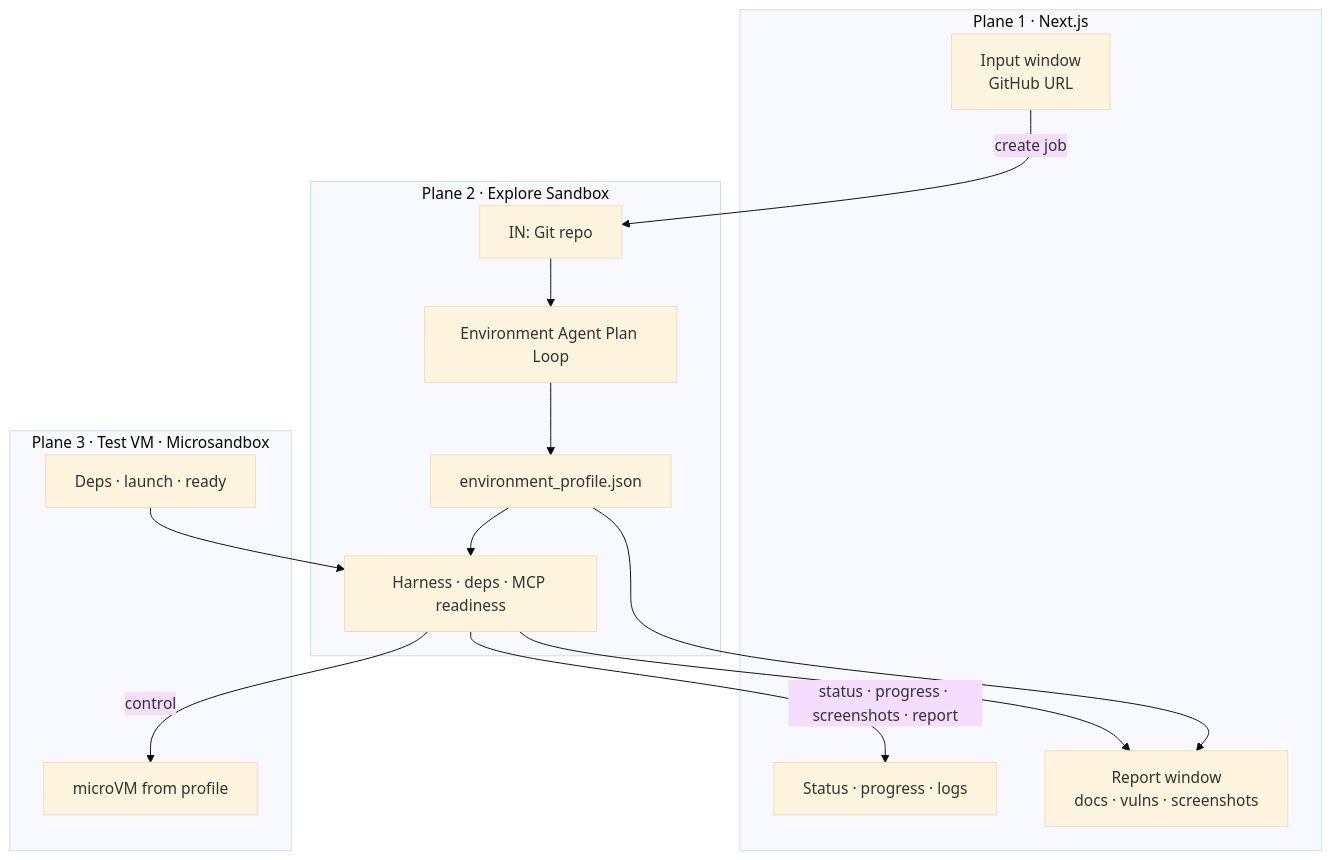
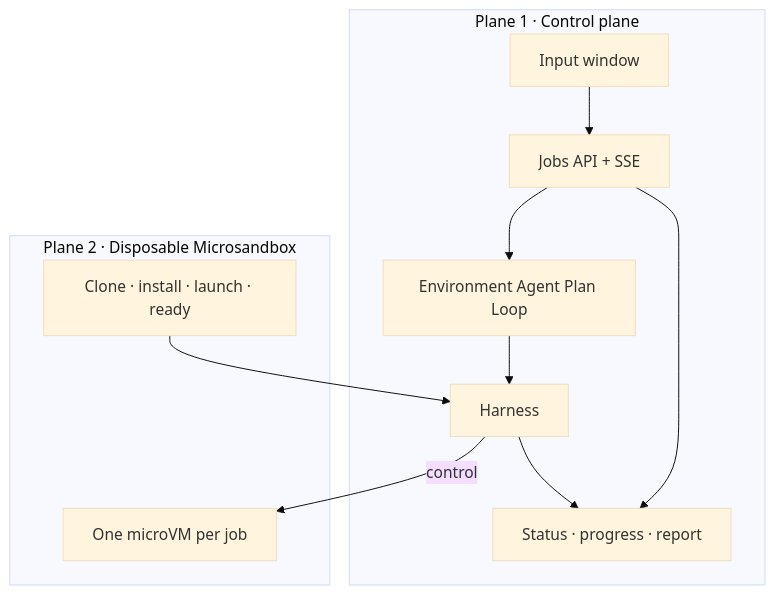
One commit to ludvigodin/killhub changed the first of 4 diagrams in ARCHITECTURE.md. Above: the diagram before and after it, drawn with Mermaid (base theme). The commit also changed other lines of this file and 10 other files, not shown here.

````diff
--- a/ARCHITECTURE.md
+++ b/ARCHITECTURE.md
@@ -46,30 +40,23 @@
 ```mermaid
 flowchart TB
-  subgraph plane1 ["Plane 1 · Next.js"]
-    Input["Input window<br/>GitHub URL"]
-    Status["Status · progress · logs"]
-    Report["Report window<br/>docs · vulns · screenshots"]
+  subgraph plane1 ["Plane 1 · Control plane"]
+    Input["Input window"]
+    Jobs["Jobs API + SSE"]
+    Loop["Environment Agent Plan Loop"]
+    Harness["Harness"]
+    Status["Status · progress · report"]
   end
 
-  subgraph plane2 ["Plane 2 · Explore Sandbox"]
-    InRepo["IN: Git repo"]
-    Loop["Environment Agent Plan Loop"]
-    Profile["environment_profile.json"]
-    Harness["Harness · deps · MCP readiness"]
+  subgraph plane2 ["Plane 2 · Disposable Microsandbox"]
+    VM["One microVM per job"]
+    Run["Clone · install · launch · ready"]
   end
 
-  subgraph plane3 ["Plane 3 · Test VM · Microsandbox"]
-    VM["microVM from profile"]
-    Run["Deps · launch · ready"]
-  end
-
-  Input -->|"create job"| InRepo
-  InRepo --> Loop
-  Loop --> Profile
-  Profile --> Harness
+  Input --> Jobs
+  Jobs --> Loop
+  Loop --> Harness
   Harness -->|"control"| VM
   Run --> Harness
-  Harness -->|"status · progress · screenshots · report"| Status
-  Harness --> Report
-  Profile --> Report
+  Harness --> Status
+  Jobs --> Status
 ```
````
